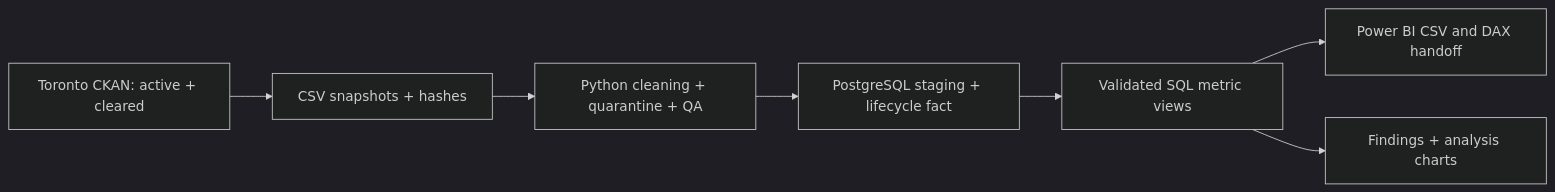
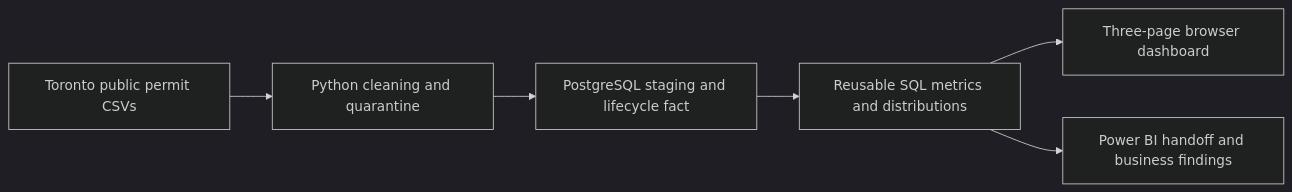
The diagram in README.md (tobivader/PermitOps), drawn with Mermaid (dark theme) before and after one commit. The commit also changed other lines of this file and 38 other files, not shown here.

Commit message:
Deliver public manager dashboard, New Houses investigation and portfolio walkthrough

````diff
--- a/README.md
+++ b/README.md
@@ -7,9 +59,8 @@
 ```mermaid
 flowchart LR
-  A[Toronto CKAN: active + cleared] --> B[CSV snapshots + hashes]
-  B --> C[Python cleaning + quarantine + QA]
-  C --> D[PostgreSQL staging + lifecycle fact]
-  D --> E[Validated SQL metric views]
-  E --> F[Power BI CSV and DAX handoff]
-  E --> G[Findings + analysis charts]
+  A[Toronto public permit CSVs] --> B[Python cleaning and quarantine]
+  B --> C[PostgreSQL staging and lifecycle fact]
+  C --> D[Reusable SQL metrics and distributions]
+  D --> E[Three-page browser dashboard]
+  D --> F[Power BI handoff and business findings]
 ```
````
